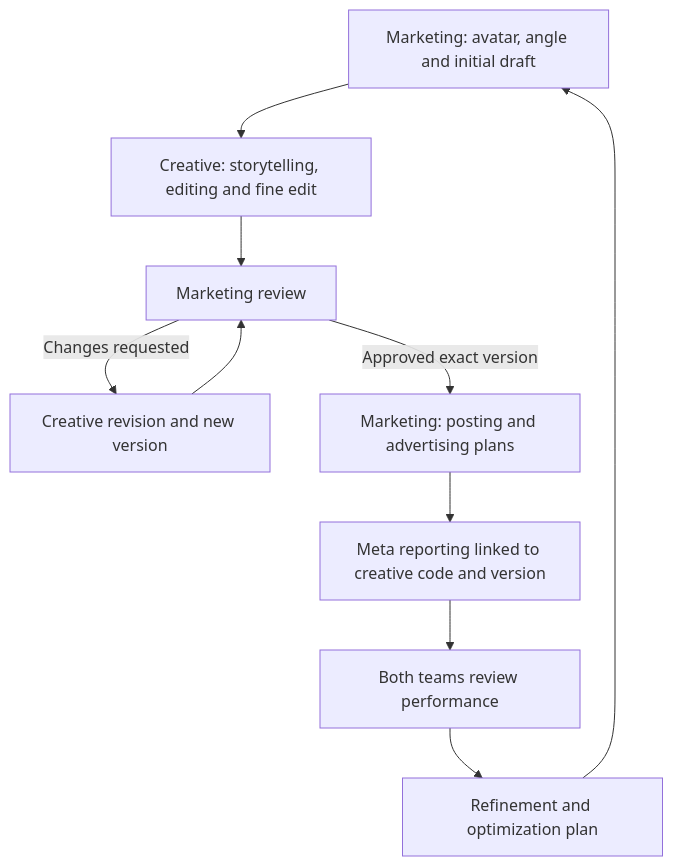
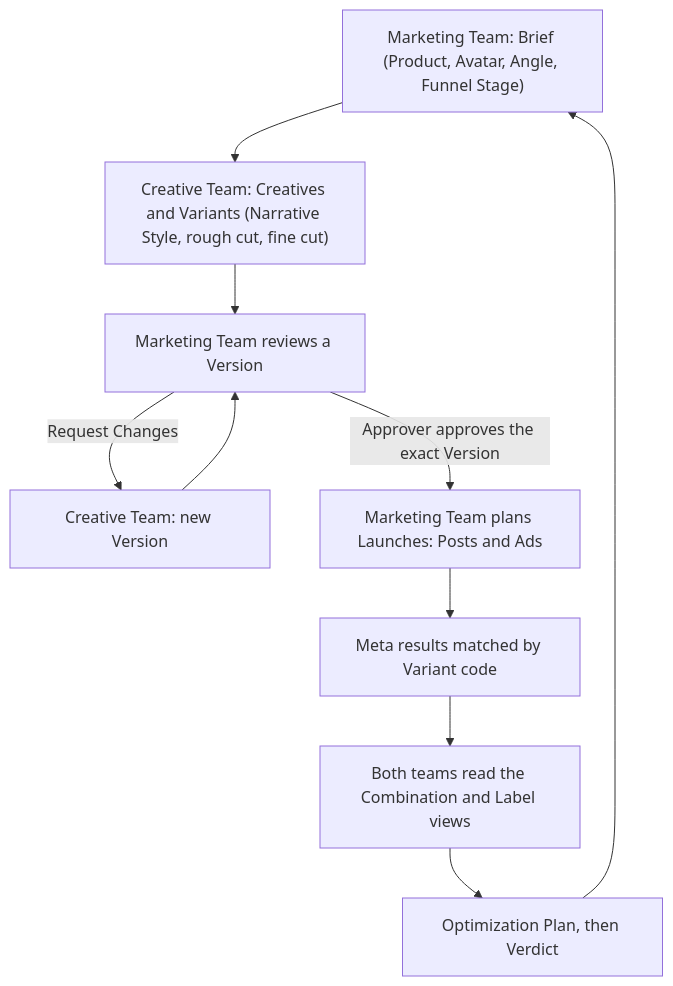
One commit to garyyap13/gml-marketing-creative-workstation changed the diagram in README.md. Above: the diagram before and after it, drawn with Mermaid. The commit also changed other lines of this file and 10 other files, not shown here.

````diff
--- a/README.md
+++ b/README.md
@@ -18,12 +19,12 @@
 ```mermaid
 flowchart TD
-    A[Marketing: avatar, angle and initial draft] --> B[Creative: storytelling, editing and fine edit]
-    B --> C[Marketing review]
-    C -->|Changes requested| D[Creative revision and new version]
+    A["Marketing Team: Brief (Product, Avatar, Angle, Funnel Stage)"] --> B["Creative Team: Creatives and Variants (Narrative Style, rough cut, fine cut)"]
+    B --> C["Marketing Team reviews a Version"]
+    C -->|Request Changes| D["Creative Team: new Version"]
     D --> C
-    C -->|Approved exact version| E[Marketing: posting and advertising plans]
-    E --> F[Meta reporting linked to creative code and version]
-    F --> G[Both teams review performance]
-    G --> H[Refinement and optimization plan]
+    C -->|"Approver approves the exact Version"| E["Marketing Team plans Launches: Posts and Ads"]
+    E --> F["Meta results matched by Variant code"]
+    F --> G["Both teams read the Combination and Label views"]
+    G --> H["Optimization Plan, then Verdict"]
     H --> A
 ```
````
